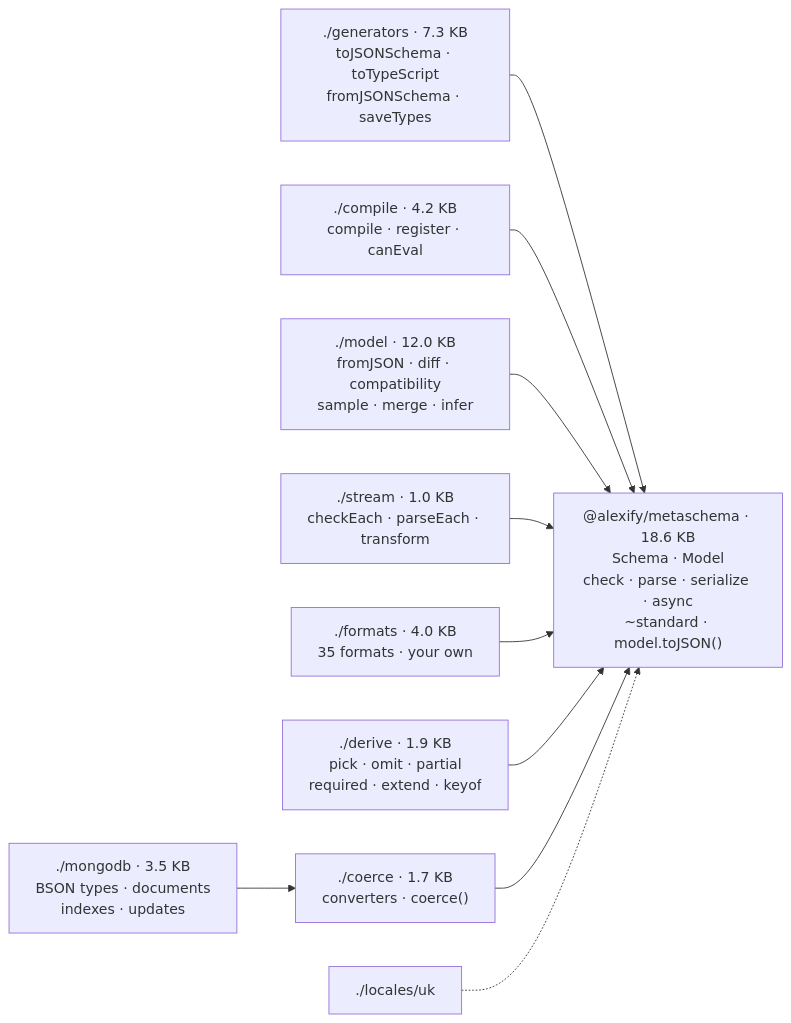
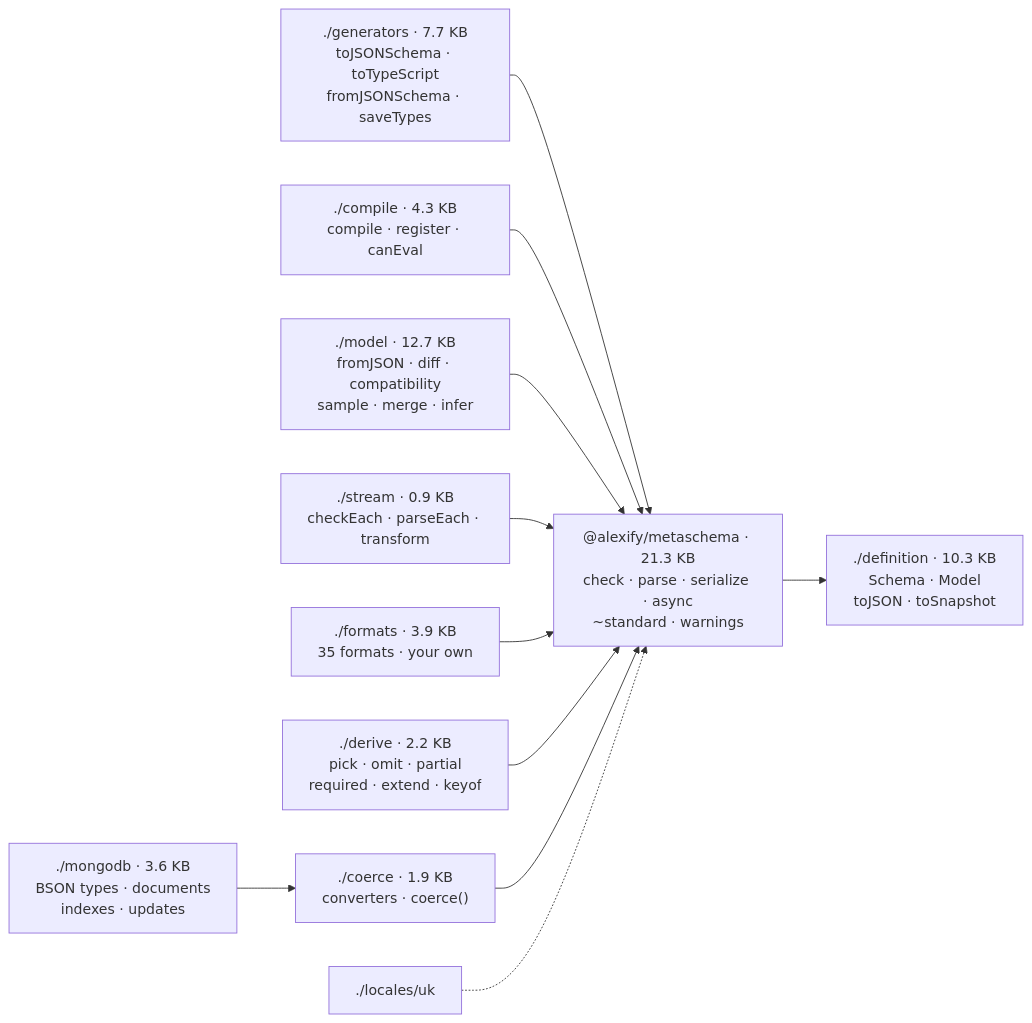
The second of 10 diagrams in docs/guide/architecture.md (Alexis-Technologies/metaschema), drawn with Mermaid before and after one commit. The commit also changed other lines of this file and 119 other files, not shown here.

First line of the commit message:
metaschema v3.4: toSnapshot, bytes/flags/decimals, lazy checks, ./definition (#8)

````diff
--- a/docs/guide/architecture.md
+++ b/docs/guide/architecture.md
@@ -38,13 +42,14 @@
 ```mermaid
 flowchart LR
-    GEN["./generators · 7.3 KB<br/>toJSONSchema · toTypeScript<br/>fromJSONSchema · saveTypes"] --> CORE
-    COMP["./compile · 4.2 KB<br/>compile · register · canEval"] --> CORE
-    MOD["./model · 12.0 KB<br/>fromJSON · diff · compatibility<br/>sample · merge · infer"] --> CORE
-    STR["./stream · 1.0 KB<br/>checkEach · parseEach · transform"] --> CORE
-    FMT["./formats · 4.0 KB<br/>35 formats · your own"] --> CORE
-    DER["./derive · 1.9 KB<br/>pick · omit · partial<br/>required · extend · keyof"] --> CORE
-    COE["./coerce · 1.7 KB<br/>converters · coerce()"] --> CORE
-    MDB["./mongodb · 3.5 KB<br/>BSON types · documents<br/>indexes · updates"] --> COE
+    GEN["./generators · 7.7 KB<br/>toJSONSchema · toTypeScript<br/>fromJSONSchema · saveTypes"] --> CORE
+    COMP["./compile · 4.3 KB<br/>compile · register · canEval"] --> CORE
+    MOD["./model · 12.7 KB<br/>fromJSON · diff · compatibility<br/>sample · merge · infer"] --> CORE
+    STR["./stream · 0.9 KB<br/>checkEach · parseEach · transform"] --> CORE
+    FMT["./formats · 3.9 KB<br/>35 formats · your own"] --> CORE
+    DER["./derive · 2.2 KB<br/>pick · omit · partial<br/>required · extend · keyof"] --> CORE
+    COE["./coerce · 1.9 KB<br/>converters · coerce()"] --> CORE
+    MDB["./mongodb · 3.6 KB<br/>BSON types · documents<br/>indexes · updates"] --> COE
     LOC["./locales/uk"] -.-> CORE
-    CORE["@alexify/metaschema · 18.6 KB<br/>Schema · Model<br/>check · parse · serialize · async<br/>~standard · model.toJSON()"]
+    CORE["@alexify/metaschema · 21.3 KB<br/>check · parse · serialize · async<br/>~standard · warnings"] --> DEFN
+    DEFN["./definition · 10.3 KB<br/>Schema · Model<br/>toJSON · toSnapshot"]
 ```
````
